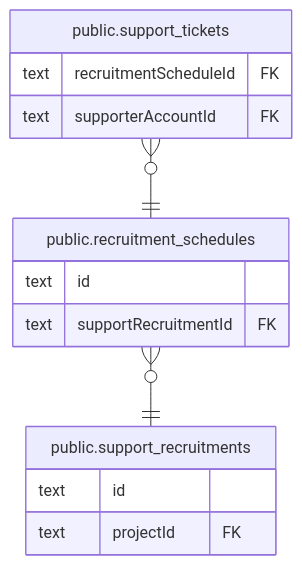
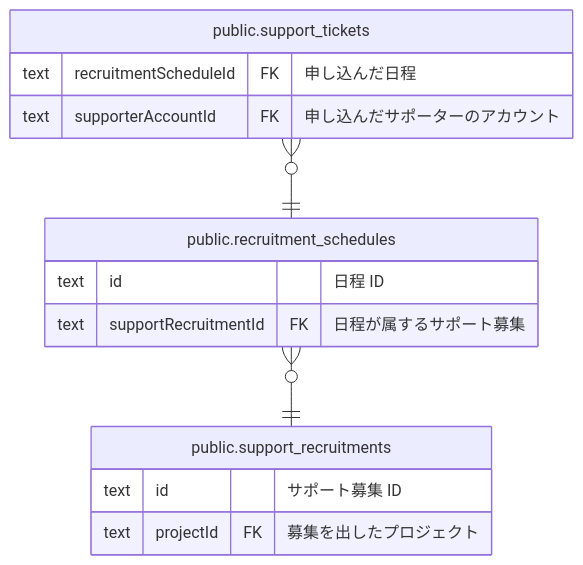
The diagram in docs/db/public.recruitment_schedules.md (Physicalfunding/PhysiFun), drawn with Mermaid before and after one commit. The commit also changed other lines of this file and 23 other files, not shown here.

````diff
--- a/docs/db/public.recruitment_schedules.md
+++ b/docs/db/public.recruitment_schedules.md
@@ -40,19 +44,19 @@
 ```mermaid
 erDiagram
 
 "public.support_tickets" }o--|| "public.recruitment_schedules" : ""
 "public.recruitment_schedules" }o--|| "public.support_recruitments" : ""
 
 "public.recruitment_schedules" {
-  text id ""
-  text supportRecruitmentId FK ""
+  text id "日程 ID"
+  text supportRecruitmentId FK "日程が属するサポート募集"
 }
 "public.support_tickets" {
-  text recruitmentScheduleId FK ""
-  text supporterAccountId FK ""
+  text recruitmentScheduleId FK "申し込んだ日程"
+  text supporterAccountId FK "申し込んだサポーターのアカウント"
 }
 "public.support_recruitments" {
-  text id ""
-  text projectId FK ""
+  text id "サポート募集 ID"
+  text projectId FK "募集を出したプロジェクト"
 }
 ```
````
